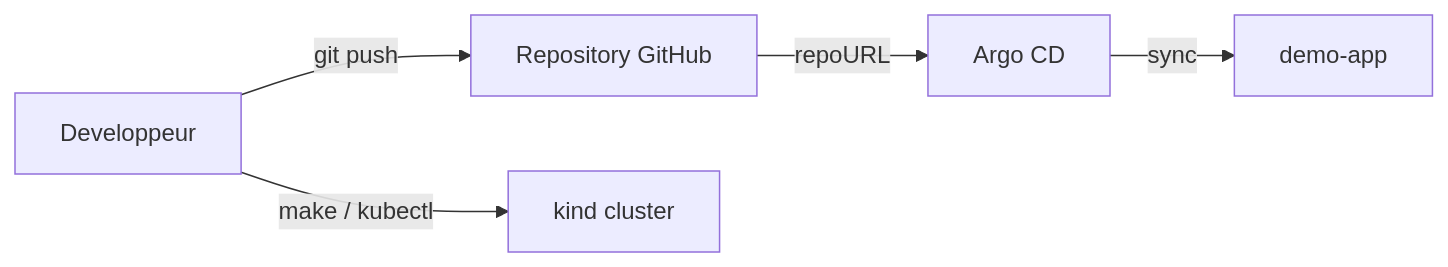
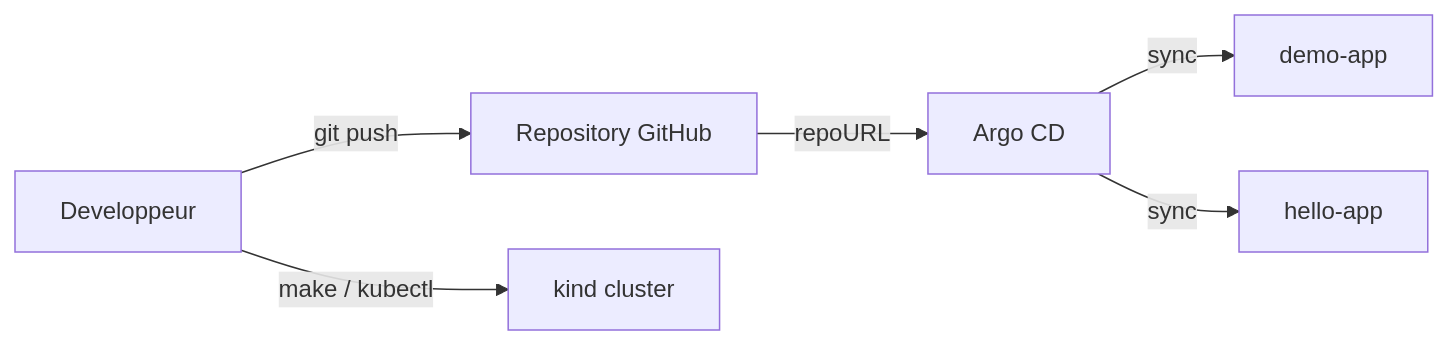
The first of 2 diagrams in docs/architecture.md (RobinThiriet/ArgoCD), drawn with Mermaid before and after one commit. The commit also changed other lines of this file and 24 other files, not shown here.

````diff
--- a/docs/architecture.md
+++ b/docs/architecture.md
@@ -14,7 +14,8 @@
 ```mermaid
 flowchart LR
     Dev[Developpeur] -->|git push| GitHub[Repository GitHub]
     Dev -->|make / kubectl| Cluster[kind cluster]
     GitHub -->|repoURL| ArgoCD[Argo CD]
     ArgoCD -->|sync| Demo[demo-app]
+    ArgoCD -->|sync| Hello[hello-app]
 ```
````
